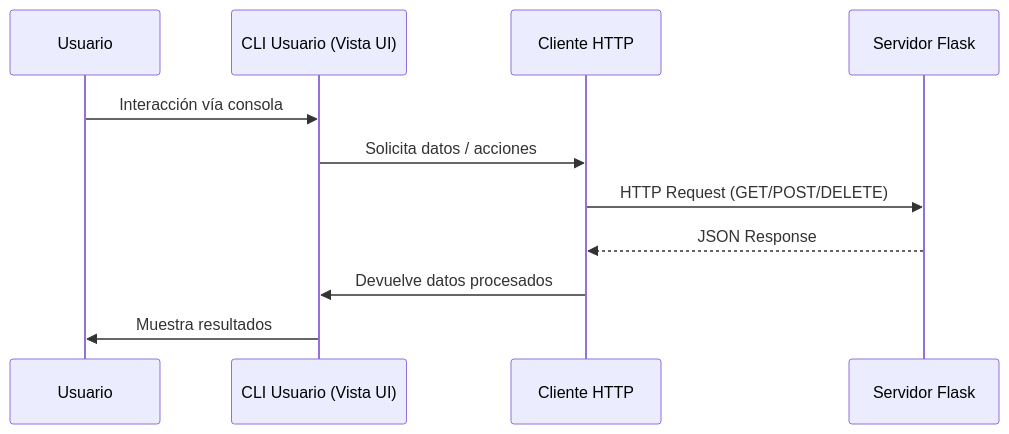
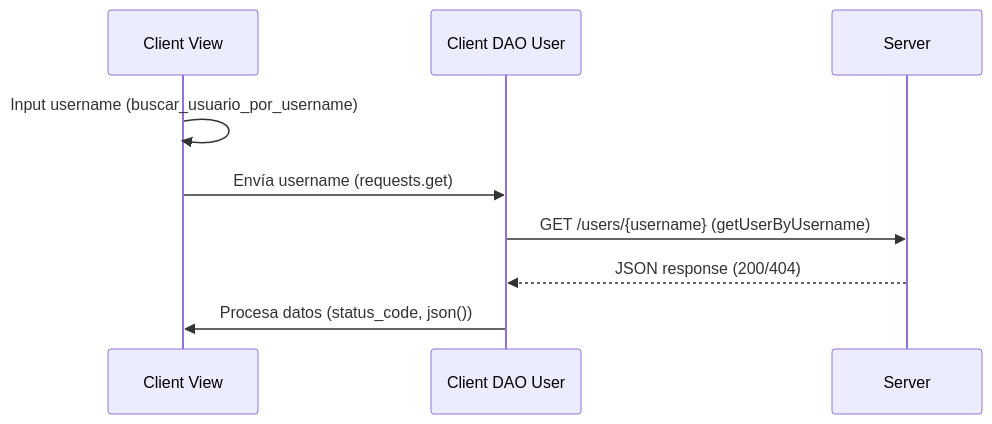
The diagram in Diagramas/Cliente.mermaid (Dariella06/Rifters), drawn with Mermaid before and after one commit.

Commit message:
Cambios de un mejor vista no tna detallado

```diff
--- a/Diagramas/Cliente.mermaid
+++ b/Diagramas/Cliente.mermaid
@@ -1,12 +1,10 @@
 sequenceDiagram
-    participant Usuario
-    participant UI as CLI Usuario (Vista UI)
-    participant ClientAPI as Cliente HTTP
-    participant Server as Servidor Flask
+    participant ClientView as Client View
+    participant ClientDAO as Client DAO User
+    participant Server as Server
 
-    Usuario->>UI: Interacción vía consola
-    UI->>ClientAPI: Solicita datos / acciones
-    ClientAPI->>Server: HTTP Request (GET/POST/DELETE)
-    Server-->>ClientAPI: JSON Response
-    ClientAPI->>UI: Devuelve datos procesados
-    UI->>Usuario: Muestra resultados
+    ClientView->>ClientView: Input username (buscar_usuario_por_username)
+    ClientView->>ClientDAO: Envía username (requests.get)
+    ClientDAO->>Server: GET /users/{username} (getUserByUsername)
+    Server-->>ClientDAO: JSON response (200/404)
+    ClientDAO->>ClientView: Procesa datos (status_code, json())
```
